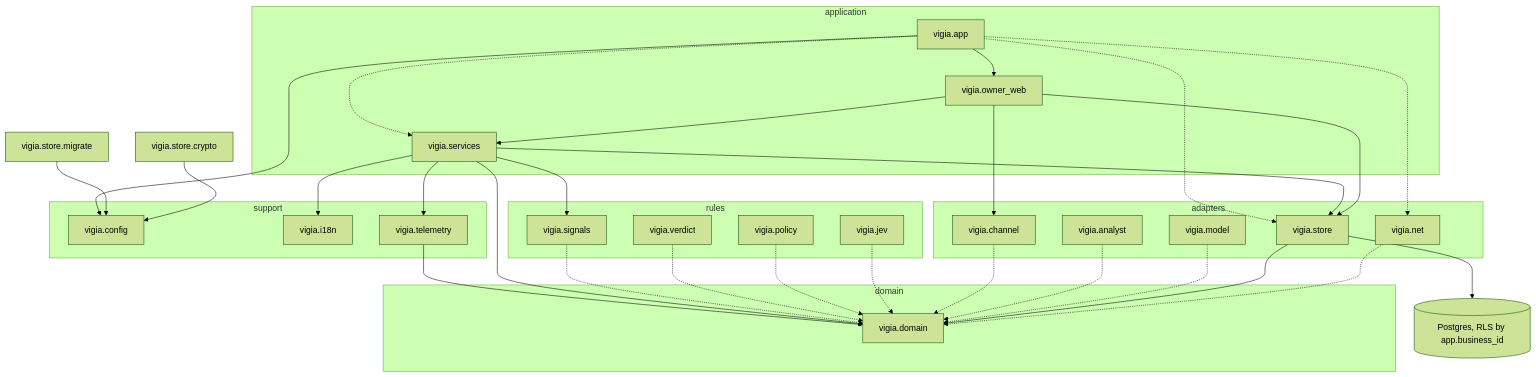
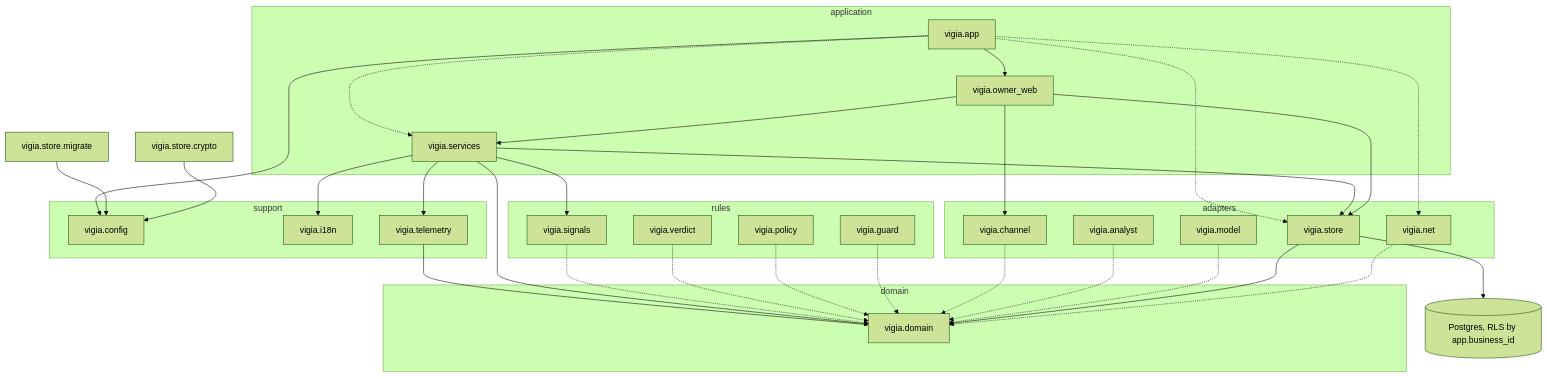
The first of 2 diagrams in docs/ARCHITECTURE.md (Danielmc09/vigia), drawn with Mermaid (forest theme) before and after one commit. The commit also changed other lines of this file and 52 other files, not shown here.

````diff
--- a/docs/ARCHITECTURE.md
+++ b/docs/ARCHITECTURE.md
@@ -12,55 +12,55 @@
 ```mermaid
 graph TD
   subgraph application
     vigia.app
     vigia.owner_web
     vigia.services
   end
   subgraph rules
     vigia.signals
     vigia.verdict
     vigia.policy
-    vigia.jev
+    vigia.guard
   end
   subgraph adapters
     vigia.channel
     vigia.analyst
     vigia.model
     vigia.store
     vigia.net
   end
   subgraph domain
     vigia.domain
   end
   subgraph support
     vigia.config
     vigia.i18n
     vigia.telemetry
   end
   vigia.app --> vigia.config
   vigia.services --> vigia.telemetry
   vigia.telemetry --> vigia.domain
   vigia.store.migrate --> vigia.config
   vigia.store.crypto --> vigia.config
   vigia.app -.-> vigia.store
   vigia.app -.-> vigia.services
   vigia.services --> vigia.store
   vigia.services --> vigia.signals
   vigia.services --> vigia.domain
   vigia.services --> vigia.i18n
   vigia.signals -.-> vigia.domain
   vigia.verdict -.-> vigia.domain
   vigia.policy -.-> vigia.domain
-  vigia.jev -.-> vigia.domain
+  vigia.guard -.-> vigia.domain
   vigia.channel -.-> vigia.domain
   vigia.analyst -.-> vigia.domain
   vigia.model -.-> vigia.domain
   vigia.store --> vigia.domain
   vigia.net -.-> vigia.domain
   vigia.app -.-> vigia.net
   vigia.app --> vigia.owner_web
   vigia.owner_web --> vigia.services
   vigia.owner_web --> vigia.store
   vigia.owner_web --> vigia.channel
   vigia.store --> PG[(Postgres, RLS by app.business_id)]
 ```
````
